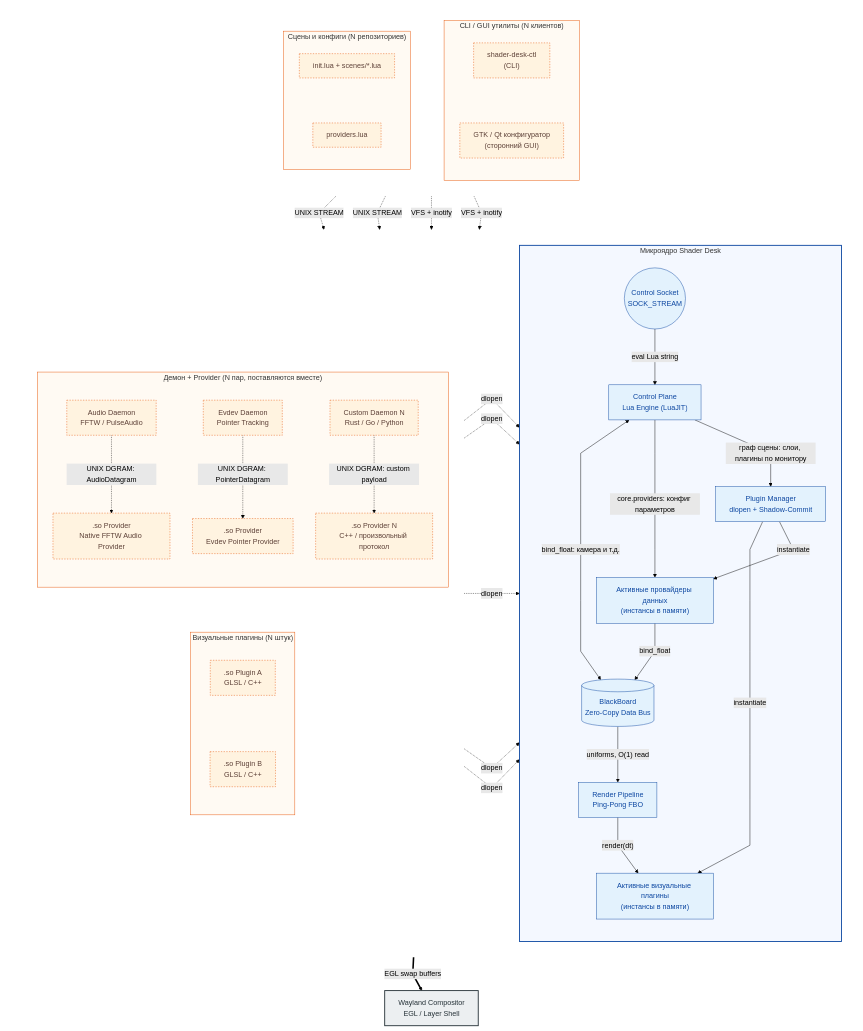
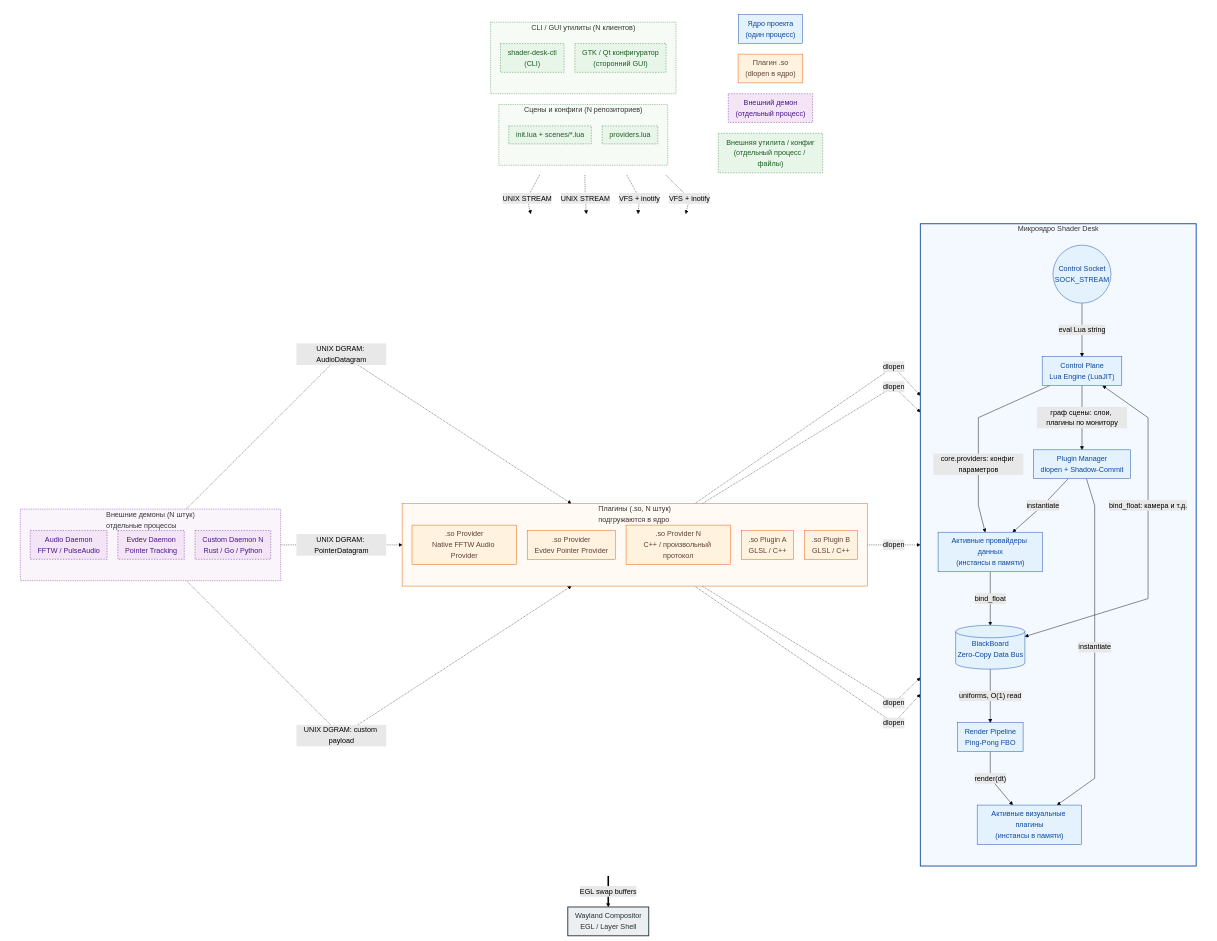
One commit to KMartianov/shader-desk changed the diagram in docs/ru/explanation/architecture-overview.md. Above: the diagram before and after it, drawn with Mermaid (forest theme).

````diff
--- a/docs/ru/explanation/architecture-overview.md
+++ b/docs/ru/explanation/architecture-overview.md
@@ -9,75 +9,65 @@
 ```mermaid
-%%{init: {"flowchart": {"curve": "linear"}}}%%
-flowchart TD
-    subgraph TOP_ROW [" "]
+
+%%{init: {"flowchart": {"curve": "linear", "nodeSpacing": 24, "rankSpacing": 45, "padding": 8}}}%%
+flowchart TB
+
+    subgraph LEGEND[" "]
         direction LR
-        
-        subgraph SCENES ["Сцены и конфиги (N репозиториев)"]
+        LG1["Ядро проекта<br/>(один процесс)"]
+        LG2["Плагин .so<br/>(dlopen в ядро)"]
+        LG3["Внешний демон<br/>(отдельный процесс)"]
+        LG4["Внешняя утилита / конфиг<br/>(отдельный процесс / файлы)"]
+    end
+
+    subgraph TOP[" "]
+        direction LR
+        subgraph SCENES["Сцены и конфиги (N репозиториев)"]
             direction TB
             SC1["init.lua + scenes/*.lua"]
             SC2["providers.lua"]
-            SC1 ~~~ SC2
         end
-        
-        subgraph CLIENTS ["CLI / GUI утилиты (N клиентов)"]
+        subgraph CLIENTS["CLI / GUI утилиты (N клиентов)"]
             direction TB
             CL1["shader-desk-ctl<br/>(CLI)"]
             CL2["GTK / Qt конфигуратор<br/>(сторонний GUI)"]
-            CL1 ~~~ CL2
         end
-        
-        %% Распорка: Форсирует строго горизонтальное расположение в строке
-        SCENES ~~~ CLIENTS
     end
 
-    subgraph MIDROW [" "]
+    subgraph MID[" "]
         direction LR
 
-        subgraph LEFT_COL [" "]
+        subgraph DAEMONS["Внешние демоны (N штук)<br/>отдельные процессы"]
             direction TB
-            
-            subgraph DATA_PAIRS ["Демон + Provider (N пар, поставляются вместе)"]
-                direction TB
-                DA1["Audio Daemon<br/>FFTW / PulseAudio"]
-                DP_A[".so Provider<br/>Native FFTW Audio Provider"]
-                DA1 -. "UNIX DGRAM: AudioDatagram" .-> DP_A
-
-                DA2["Evdev Daemon<br/>Pointer Tracking"]
-                DP_P[".so Provider<br/>Evdev Pointer Provider"]
-                DA2 -. "UNIX DGRAM: PointerDatagram" .-> DP_P
-
-                DA3["Custom Daemon N<br/>Rust / Go / Python"]
-                DP_C[".so Provider N<br/>C++ / произвольный протокол"]
-                DA3 -. "UNIX DGRAM: custom payload" .-> DP_C
-            end
-
-            subgraph VPLUGINS ["Визуальные плагины (N штук)"]
-                direction TB
-                VP1[".so Plugin A<br/>GLSL / C++"]
-                VP2[".so Plugin B<br/>GLSL / C++"]
-                VP1 ~~~ VP2
-            end
-            
-            %% Распорка: Форсирует строго вертикальное расположение столбца
-            DATA_PAIRS ~~~ VPLUGINS
+            DA1["Audio Daemon<br/>FFTW / PulseAudio"]
+            DA2["Evdev Daemon<br/>Pointer Tracking"]
+            DA3["Custom Daemon N<br/>Rust / Go / Python"]
         end
 
-        subgraph KERNEL ["Микроядро Shader Desk"]
+        subgraph PLUGINS["Плагины (.so, N штук)<br/>подгружаются в ядро"]
+            direction TB
+            DP_A[".so Provider<br/>Native FFTW Audio Provider"]
+            DP_P[".so Provider<br/>Evdev Pointer Provider"]
+            DP_C[".so Provider N<br/>C++ / произвольный протокол"]
+            VP1[".so Plugin A<br/>GLSL / C++"]
+            VP2[".so Plugin B<br/>GLSL / C++"]
+        end
+
+        subgraph KERNEL["Микроядро Shader Desk"]
             direction TB
             IPC_CTL(("Control Socket<br/>SOCK_STREAM"))
             LUA["Control Plane<br/>Lua Engine (LuaJIT)"]
-            BB[("BlackBoard<br/>Zero-Copy Data Bus")]
             PM["Plugin Manager<br/>dlopen + Shadow-Commit"]
             DP_SLOT["Активные провайдеры данных<br/>(инстансы в памяти)"]
             VP_SLOT["Активные визуальные плагины<br/>(инстансы в памяти)"]
+            BB[("BlackBoard<br/>Zero-Copy Data Bus")]
             RM["Render Pipeline<br/>Ping-Pong FBO"]
 
             IPC_CTL -->|"eval Lua string"| LUA
-            LUA <-->|"bind_float: камера и т.д."| BB
             LUA -->|"core.providers: конфиг параметров"| DP_SLOT
             LUA -->|"граф сцены: слои, плагины по монитору"| PM
+            PM -->|"instantiate"| DP_SLOT
             PM -->|"instantiate"| VP_SLOT
-            PM -->|"instantiate"| DP_SLOT
+            LUA <-->|"bind_float: камера и т.д."| BB
             DP_SLOT -->|"bind_float"| BB
             BB -->|"uniforms, O(1) read"| RM
             RM -->|"render(dt)"| VP_SLOT
@@ -86,14 +76,10 @@
 
     W["Wayland Compositor<br/>EGL / Layer Shell"]
 
-    %% Каркас между строками
-    TOP_ROW ~~~ MIDROW
-    MIDROW ~~~ W
+    DA1 -. "UNIX DGRAM: AudioDatagram" .-> DP_A
+    DA2 -. "UNIX DGRAM: PointerDatagram" .-> DP_P
+    DA3 -. "UNIX DGRAM: custom payload" .-> DP_C
 
-    %% ========================================================
-    %% КРОСС-СВЯЗИ (Абсолютно оригинальные, без изменения)
-    %% ========================================================
-    
     DP_A -. "dlopen" .-> PM
     DP_P -. "dlopen" .-> PM
     DP_C -. "dlopen" .-> PM
@@ -107,24 +93,30 @@
 
     RM ==>|"EGL swap buffers"| W
 
-    %% ========================================================
-    %% СТИЛИ
-    %% ========================================================
-    
-    classDef eco fill:#fff3e0,stroke:#e65100,stroke-width:1px,stroke-dasharray: 3 3,color:#5d4037;
+    classDef daemon fill:#f3e5f5,stroke:#6a1b9a,stroke-width:1px,stroke-dasharray: 3 3,color:#4a148c;
+    classDef util fill:#e8f5e9,stroke:#2e7d32,stroke-width:1px,stroke-dasharray: 3 3,color:#1b5e20;
+    classDef plugin fill:#fff3e0,stroke:#e65100,stroke-width:1px,color:#5d4037;
     classDef kernelNode fill:#e3f2fd,stroke:#0d47a1,stroke-width:1px,color:#0d47a1;
     classDef sink fill:#eceff1,stroke:#263238,stroke-width:2px,color:#263238;
 
-    class DA1,DP_A,DA2,DP_P,DA3,DP_C,VP1,VP2,CL1,CL2,SC1,SC2 eco
+    class DA1,DA2,DA3 daemon
+    class CL1,CL2,SC1,SC2 util
+    class DP_A,DP_P,DP_C,VP1,VP2 plugin
     class IPC_CTL,LUA,BB,PM,DP_SLOT,VP_SLOT,RM kernelNode
     class W sink
+    class LG1 kernelNode
+    class LG2 plugin
+    class LG3 daemon
+    class LG4 util
 
-    style TOP_ROW fill:none,stroke:none
-    style MIDROW fill:none,stroke:none
-    style LEFT_COL fill:none,stroke:none
-    style DATA_PAIRS fill:#fffaf3,stroke:#e65100,stroke-width:1px
-    style VPLUGINS fill:#fffaf3,stroke:#e65100,stroke-width:1px
-    style SCENES fill:#fffaf3,stroke:#e65100,stroke-width:1px
-    style CLIENTS fill:#fffaf3,stroke:#e65100,stroke-width:1px
+    style TOP fill:none,stroke:none
+    style MID fill:none,stroke:none
+    style LEGEND fill:none,stroke:none
+    style DAEMONS fill:#faf5fb,stroke:#6a1b9a,stroke-width:1px,stroke-dasharray: 2 2
+    style PLUGINS fill:#fffaf3,stroke:#e65100,stroke-width:1px
+    style SCENES fill:#f6fbf6,stroke:#2e7d32,stroke-width:1px,stroke-dasharray: 2 2
+    style CLIENTS fill:#f6fbf6,stroke:#2e7d32,stroke-width:1px,stroke-dasharray: 2 2
     style KERNEL fill:#f4f8ff,stroke:#0d47a1,stroke-width:2px
+
+
 ```
````
